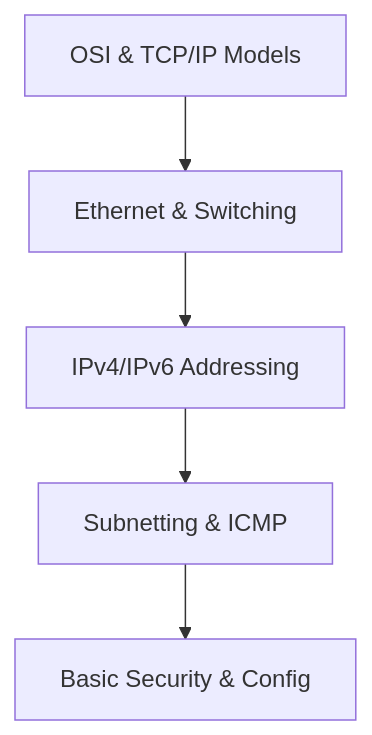
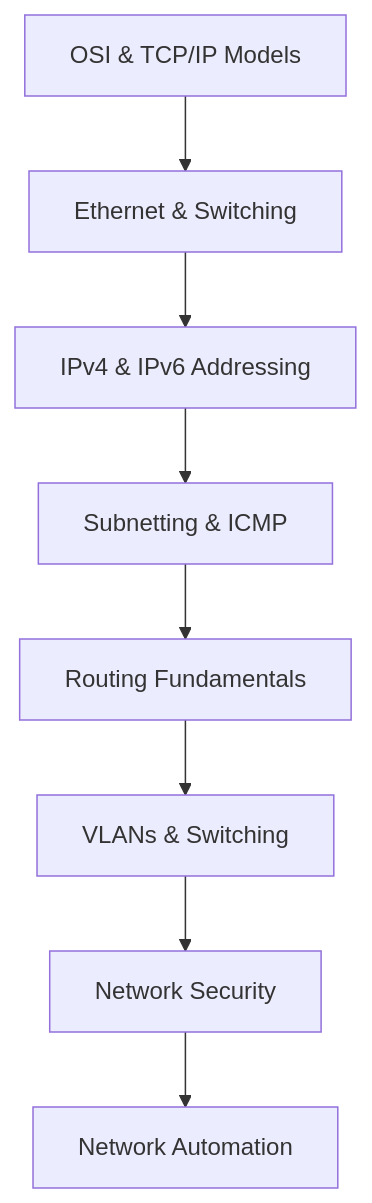
One commit to profalexandretolentino/cisco-ccna-v7-journey changed the diagram in README.md. Above: the diagram before and after it, drawn with Mermaid. The commit also changed other lines of this file, not shown here.

````diff
--- a/README.md
+++ b/README.md
@@ -14,7 +176,10 @@
 ```mermaid
 graph TD
     A[OSI & TCP/IP Models] --> B[Ethernet & Switching]
-    B --> C[IPv4/IPv6 Addressing]
+    B --> C[IPv4 & IPv6 Addressing]
     C --> D[Subnetting & ICMP]
-    D --> E[Basic Security & Config]
+    D --> E[Routing Fundamentals]
+    E --> F[VLANs & Switching]
+    F --> G[Network Security]
+    G --> H[Network Automation]
 ```
````
